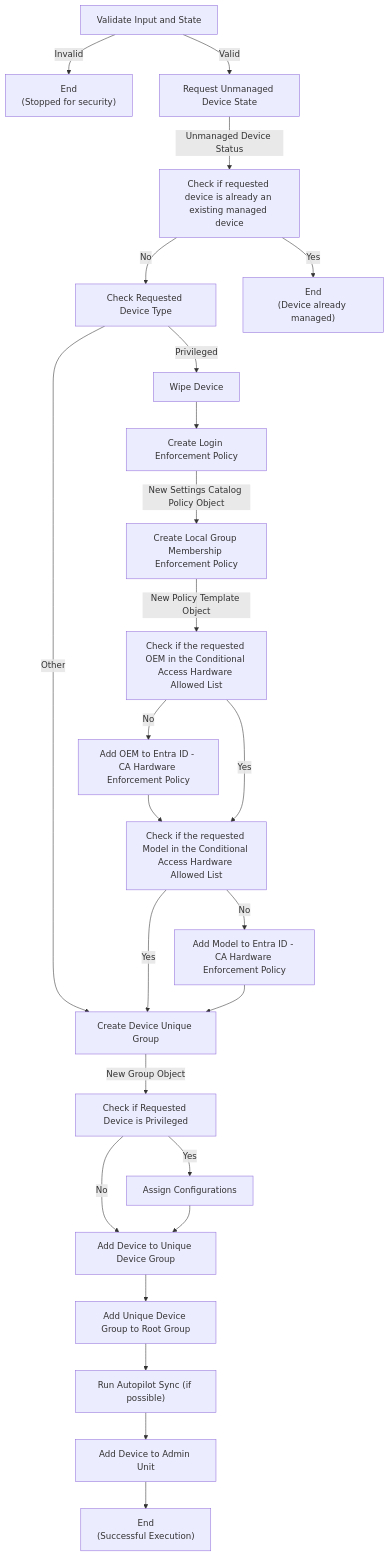
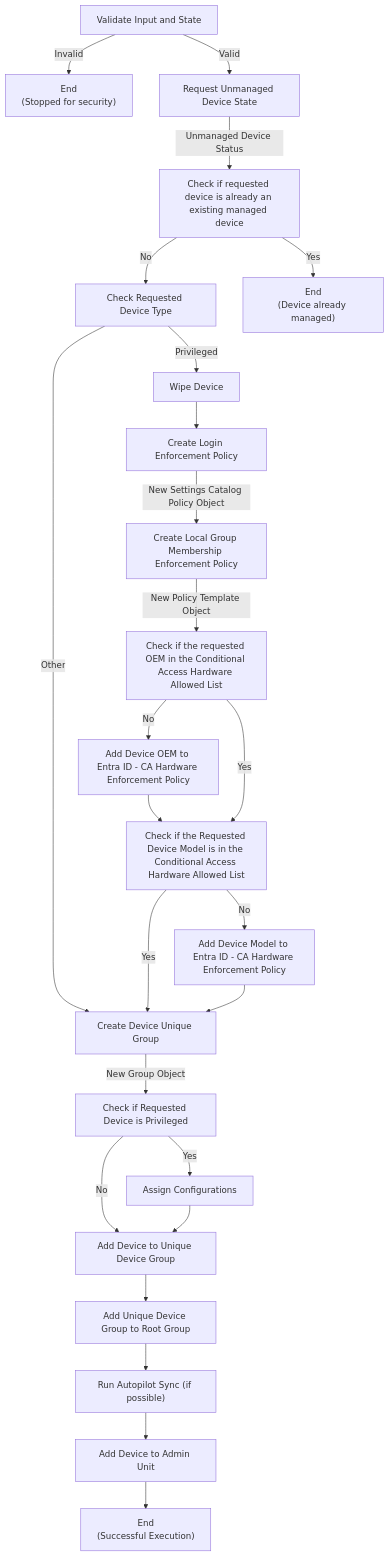
One commit to Software-Hardware-Integration-Lab/Documentation changed the diagram in docs/Reference/Architecture/Diagrams/Device-Commission.md. Above: the diagram before and after it, drawn with Mermaid.

Commit message:
Wording
make it easier to understand

````diff
--- a/docs/Reference/Architecture/Diagrams/Device-Commission.md
+++ b/docs/Reference/Architecture/Diagrams/Device-Commission.md
@@ -7,50 +7,50 @@
 ``` mermaid
 graph TD
 
 InputValidation[Validate Input and State]
 FailValidation["End\n(Stopped for security)"]
 UnmanagedDeviceRequest[Request Unmanaged Device State]
 UnmanagedCheck[Check if requested device is already an existing managed device]
 InitialTypeCheck[Check Requested Device Type]
 DeviceUniqueGroup[Create Device Unique Group]
 PrivTypeCheck[Check if Requested Device is Privileged]
 PrivConfigAssign[Assign Configurations]
 AddDevToDevGrp[Add Device to Unique Device Group]
 DevToRootGrp[Add Unique Device Group to Root Group]
 AutopilotSyncCmd["Run Autopilot Sync (if possible)"]
 AddToAdminUnit[Add Device to Admin Unit]
 PrivWipe[Wipe Device]
 PrivLogin[Create Login Enforcement Policy]
 PrivGroup[Create Local Group Membership Enforcement Policy]
 PrivCaOemCheck[Check if the requested OEM in the Conditional Access Hardware Allowed List]
-PrivCaModelCheck[Check if the requested Model in the Conditional Access Hardware Allowed List]
-PrivHwOemEnforcement[Add OEM to Entra ID - CA Hardware Enforcement Policy]
-PrivHwModelEnforcement[Add Model to Entra ID - CA Hardware Enforcement Policy]
+PrivCaModelCheck[Check if the Requested Device Model is in the Conditional Access Hardware Allowed List]
+PrivHwOemEnforcement[Add Device OEM to Entra ID - CA Hardware Enforcement Policy]
+PrivHwModelEnforcement[Add Device Model to Entra ID - CA Hardware Enforcement Policy]
 ExistingEnd["End\n(Device already managed)"]
 SuccessfulEnd["End\n(Successful Execution)"]
 
 InputValidation --> | Valid | UnmanagedDeviceRequest
 InputValidation --> | Invalid | FailValidation
 UnmanagedDeviceRequest --> | Unmanaged Device Status | UnmanagedCheck
 UnmanagedCheck --> | Yes | ExistingEnd
 UnmanagedCheck --> | No | InitialTypeCheck
 InitialTypeCheck --> | Privileged | PrivWipe
 InitialTypeCheck --> | Other | DeviceUniqueGroup
 PrivWipe --> PrivLogin
 PrivLogin --> | New Settings Catalog Policy Object | PrivGroup
 PrivGroup --> | New Policy Template Object | PrivCaOemCheck
 PrivCaOemCheck --> | No | PrivHwOemEnforcement
 PrivHwOemEnforcement --> PrivCaModelCheck
 PrivCaOemCheck --> | Yes | PrivCaModelCheck
 PrivCaModelCheck --> | No | PrivHwModelEnforcement
 PrivCaModelCheck --> | Yes | DeviceUniqueGroup
 PrivHwModelEnforcement --> DeviceUniqueGroup
 DeviceUniqueGroup --> | New Group Object | PrivTypeCheck
 PrivTypeCheck --> | Yes | PrivConfigAssign
 PrivTypeCheck --> | No | AddDevToDevGrp
 PrivConfigAssign --> AddDevToDevGrp
 AddDevToDevGrp --> DevToRootGrp
 DevToRootGrp --> AutopilotSyncCmd
 AutopilotSyncCmd --> AddToAdminUnit
 AddToAdminUnit --> SuccessfulEnd
 ```
````
